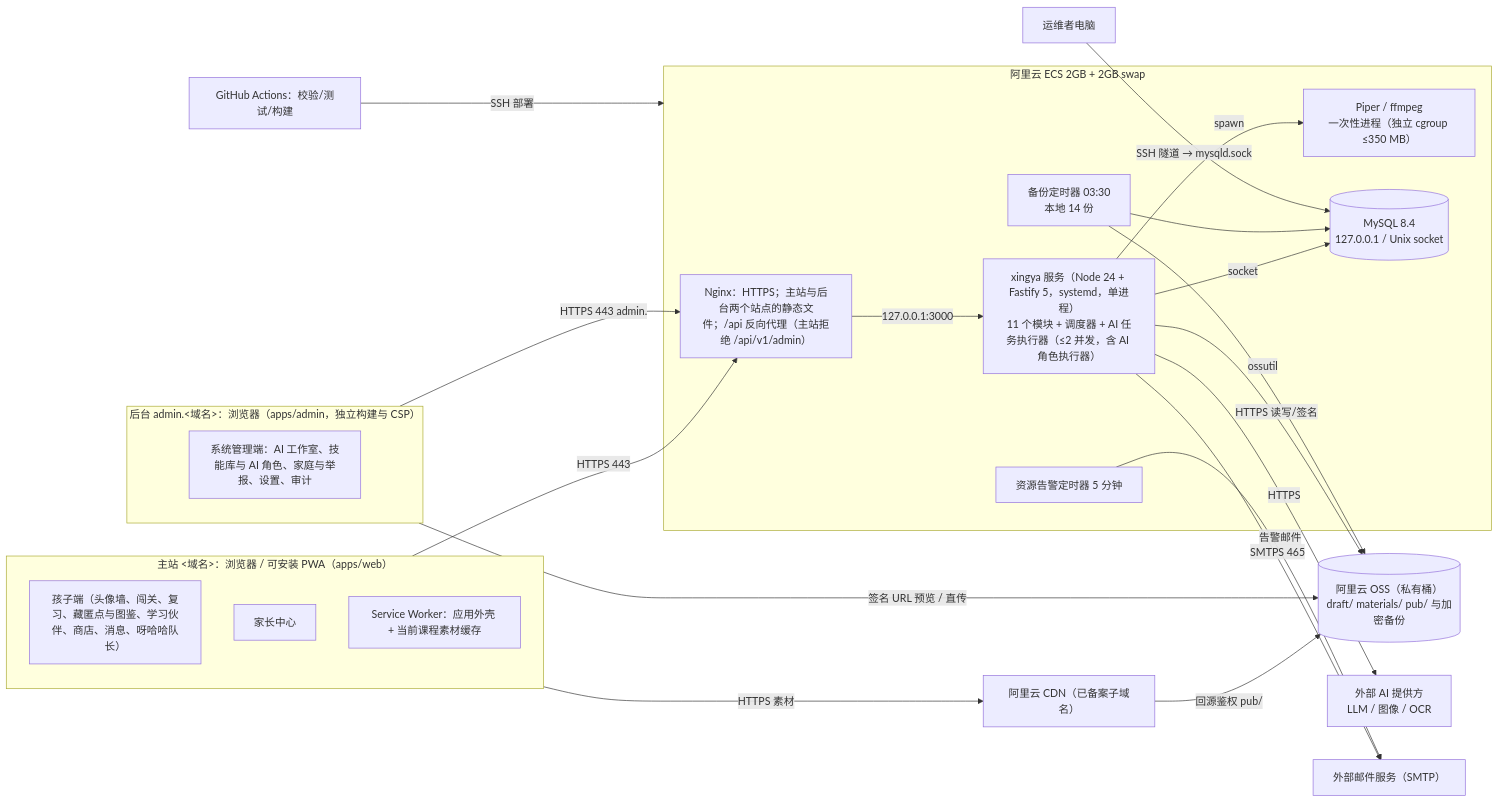
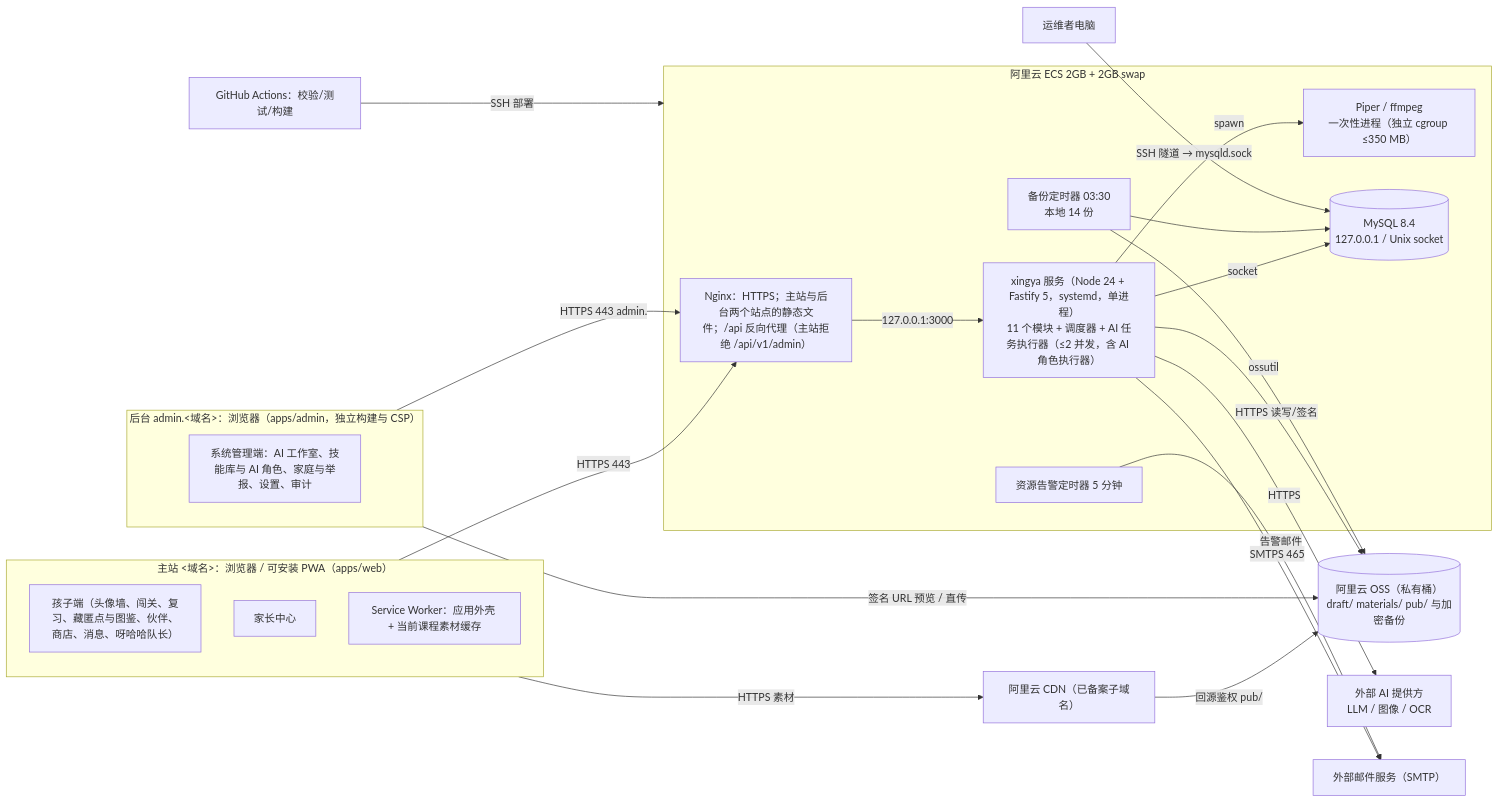
Before and after one commit to leomoon2016/xingya: the diagram in docs/02-solution/overview.md, drawn with Mermaid. The commit also changed other lines of this file and 61 other files, not shown here.

````diff
--- a/docs/02-solution/overview.md
+++ b/docs/02-solution/overview.md
@@ -9,42 +9,42 @@
 ```mermaid
 flowchart LR
   subgraph Client["主站 <域名>：浏览器 / 可安装 PWA（apps/web）"]
-    Kid["孩子端（头像墙、闯关、复习、藏匿点与图鉴、学习伙伴、商店、消息、呀哈哈队长）"]
+    Kid["孩子端（头像墙、闯关、复习、藏匿点与图鉴、伙伴、商店、消息、呀哈哈队长）"]
     Par["家长中心"]
     SW["Service Worker：应用外壳 + 当前课程素材缓存"]
   end
   subgraph AdminC["后台 admin.<域名>：浏览器（apps/admin，独立构建与 CSP）"]
     Adm["系统管理端：AI 工作室、技能库与 AI 角色、家庭与举报、设置、审计"]
   end
   subgraph ECS["阿里云 ECS 2GB + 2GB swap"]
     NGX["Nginx：HTTPS；主站与后台两个站点的静态文件；/api 反向代理（主站拒绝 /api/v1/admin）"]
     APP["xingya 服务（Node 24 + Fastify 5，systemd，单进程）\n11 个模块 + 调度器 + AI 任务执行器（≤2 并发，含 AI 角色执行器）"]
     PIP["Piper / ffmpeg\n一次性进程（独立 cgroup ≤350 MB）"]
     DB[("MySQL 8.4\n127.0.0.1 / Unix socket")]
     BK["备份定时器 03:30\n本地 14 份"]
     AL["资源告警定时器 5 分钟"]
   end
   CDN["阿里云 CDN（已备案子域名）"]
   OSS[("阿里云 OSS（私有桶）\ndraft/ materials/ pub/ 与加密备份")]
   AI["外部 AI 提供方\nLLM / 图像 / OCR"]
   SMTP["外部邮件服务（SMTP）"]
   GH["GitHub Actions：校验/测试/构建"]
   Ops["运维者电脑"]
 
   Client -->|HTTPS 443| NGX
   AdminC -->|HTTPS 443 admin.| NGX
   AdminC -->|签名 URL 预览 / 直传| OSS
   Client -->|HTTPS 素材| CDN
   CDN -->|回源鉴权 pub/| OSS
   NGX -->|127.0.0.1:3000| APP
   APP -->|socket| DB
   APP -->|spawn| PIP
   APP -->|HTTPS| AI
   APP -->|HTTPS 读写/签名| OSS
   APP -->|SMTPS 465| SMTP
   BK --> DB
   BK -->|ossutil| OSS
   AL -->|告警邮件| SMTP
   GH -->|SSH 部署| ECS
   Ops -->|SSH 隧道 → mysqld.sock| DB
 ```
````
